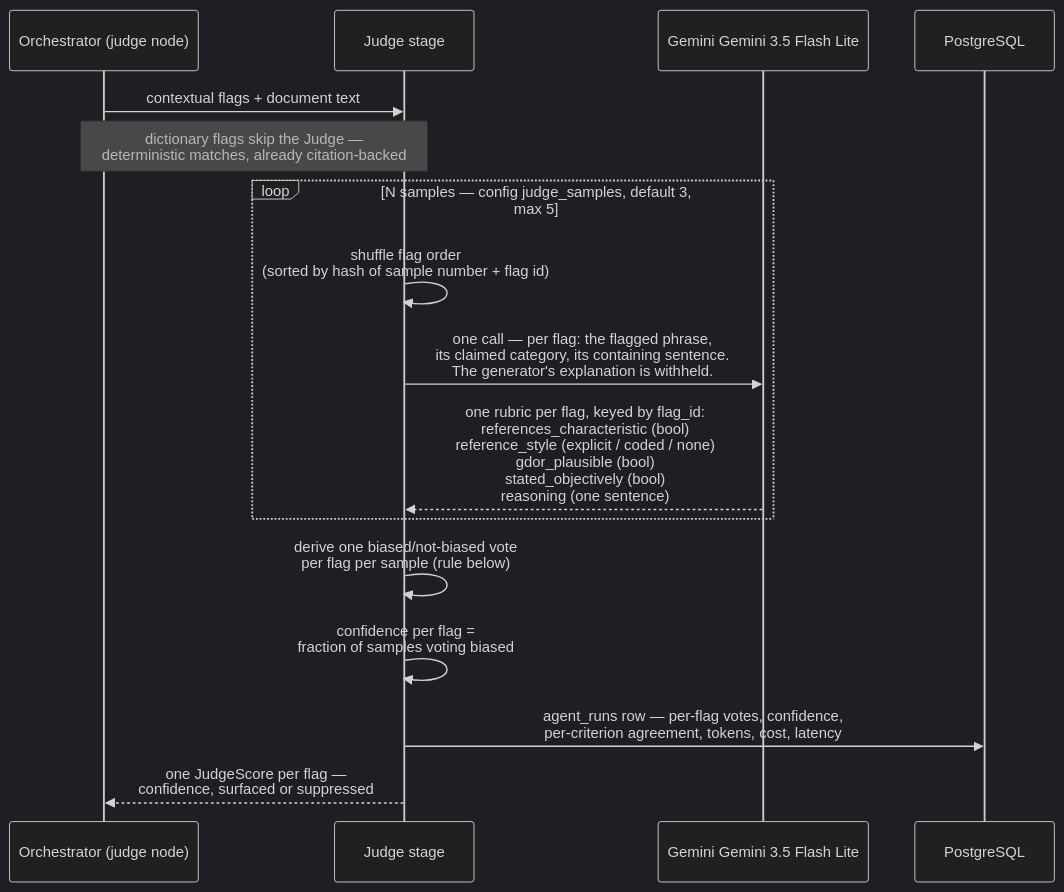
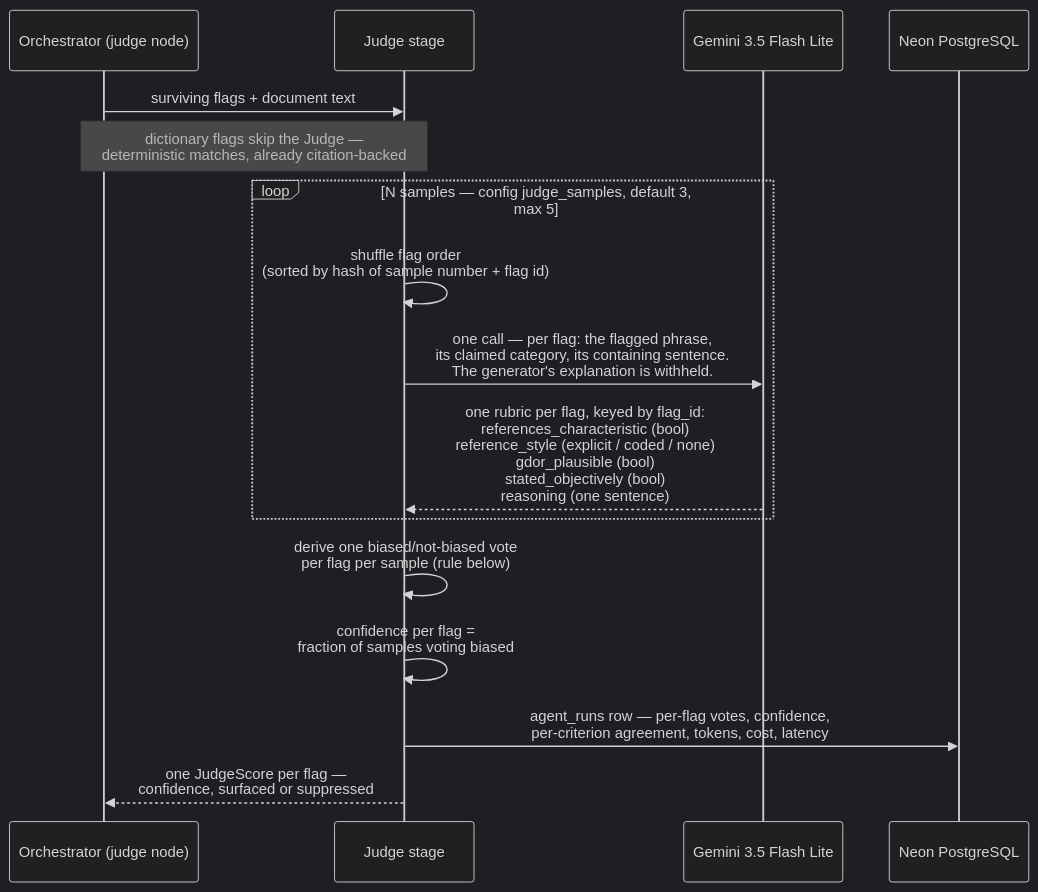
Before and after one commit to sm-daniyal/patternSpecular: the first of 2 diagrams in docs/architecture/llm-judge.md, drawn with Mermaid (dark theme). The commit also changed other lines of this file, not shown here.

Commit message:
docs(architecture): document LLM-as-a-Judge consensus and calibration design

````diff
--- a/docs/architecture/llm-judge.md
+++ b/docs/architecture/llm-judge.md
@@ -21,21 +24,21 @@
 ```mermaid
 sequenceDiagram
     participant O as Orchestrator (judge node)
     participant J as Judge stage
-    participant H as Gemini Gemini 3.5 Flash Lite
-    participant DB as PostgreSQL
+    participant G as Gemini 3.5 Flash Lite
+    participant DB as Neon PostgreSQL
 
-    O->>J: contextual flags + document text
+    O->>J: surviving flags + document text
     Note over O,J: dictionary flags skip the Judge —<br/>deterministic matches, already citation-backed
 
     loop N samples — config judge_samples, default 3, max 5
         J->>J: shuffle flag order<br/>(sorted by hash of sample number + flag id)
-        J->>H: one call — per flag: the flagged phrase,<br/>its claimed category, its containing sentence.<br/>The generator's explanation is withheld.
-        H-->>J: one rubric per flag, keyed by flag_id:<br/>references_characteristic (bool)<br/>reference_style (explicit / coded / none)<br/>gdor_plausible (bool)<br/>stated_objectively (bool)<br/>reasoning (one sentence)
+        J->>G: one call — per flag: the flagged phrase,<br/>its claimed category, its containing sentence.<br/>The generator's explanation is withheld.
+        G-->>J: one rubric per flag, keyed by flag_id:<br/>references_characteristic (bool)<br/>reference_style (explicit / coded / none)<br/>gdor_plausible (bool)<br/>stated_objectively (bool)<br/>reasoning (one sentence)
     end
 
     J->>J: derive one biased/not-biased vote<br/>per flag per sample (rule below)
     J->>J: confidence per flag =<br/>fraction of samples voting biased
     J->>DB: agent_runs row — per-flag votes, confidence,<br/>per-criterion agreement, tokens, cost, latency
     J-->>O: one JudgeScore per flag —<br/>confidence, surfaced or suppressed
 ```
````
